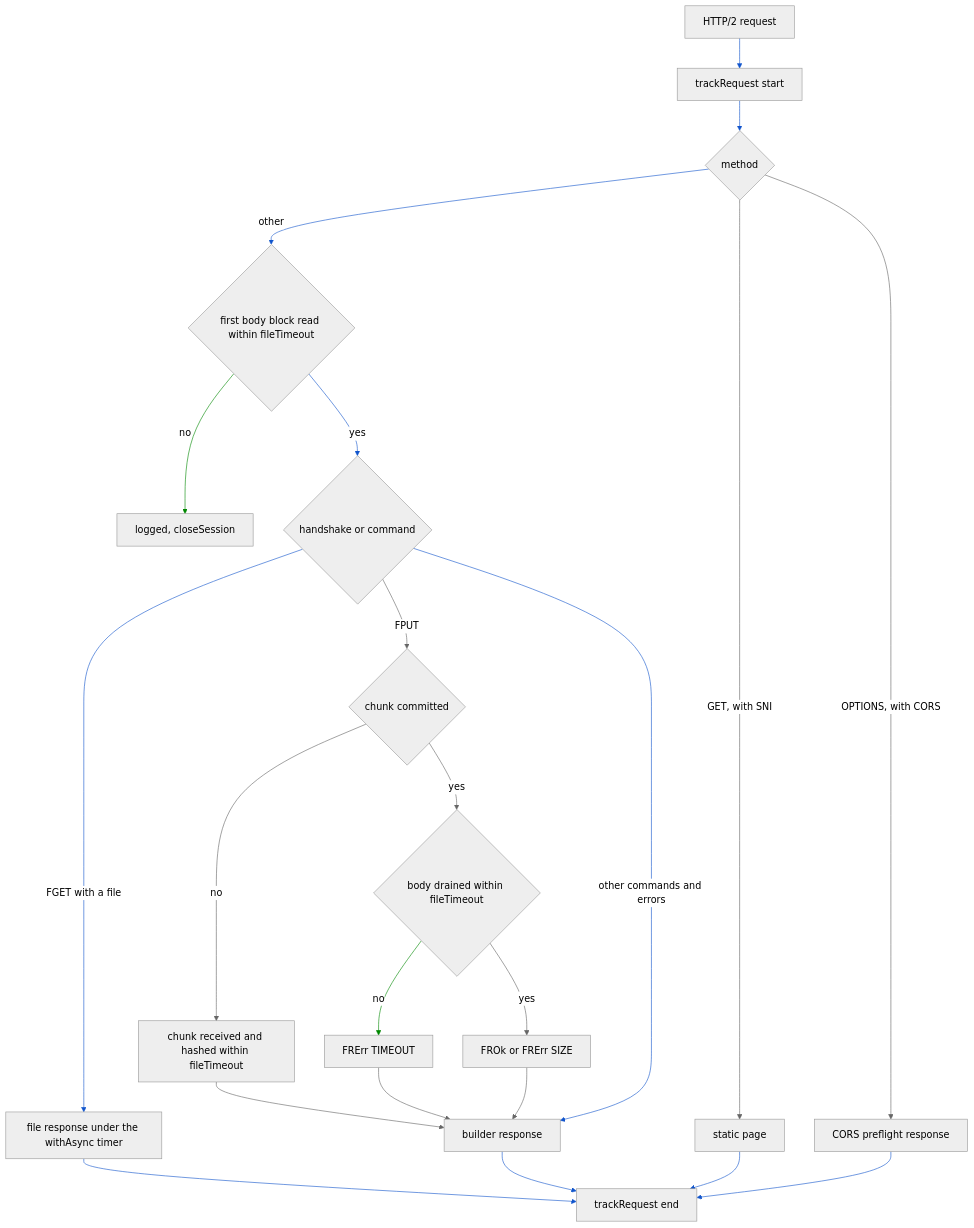
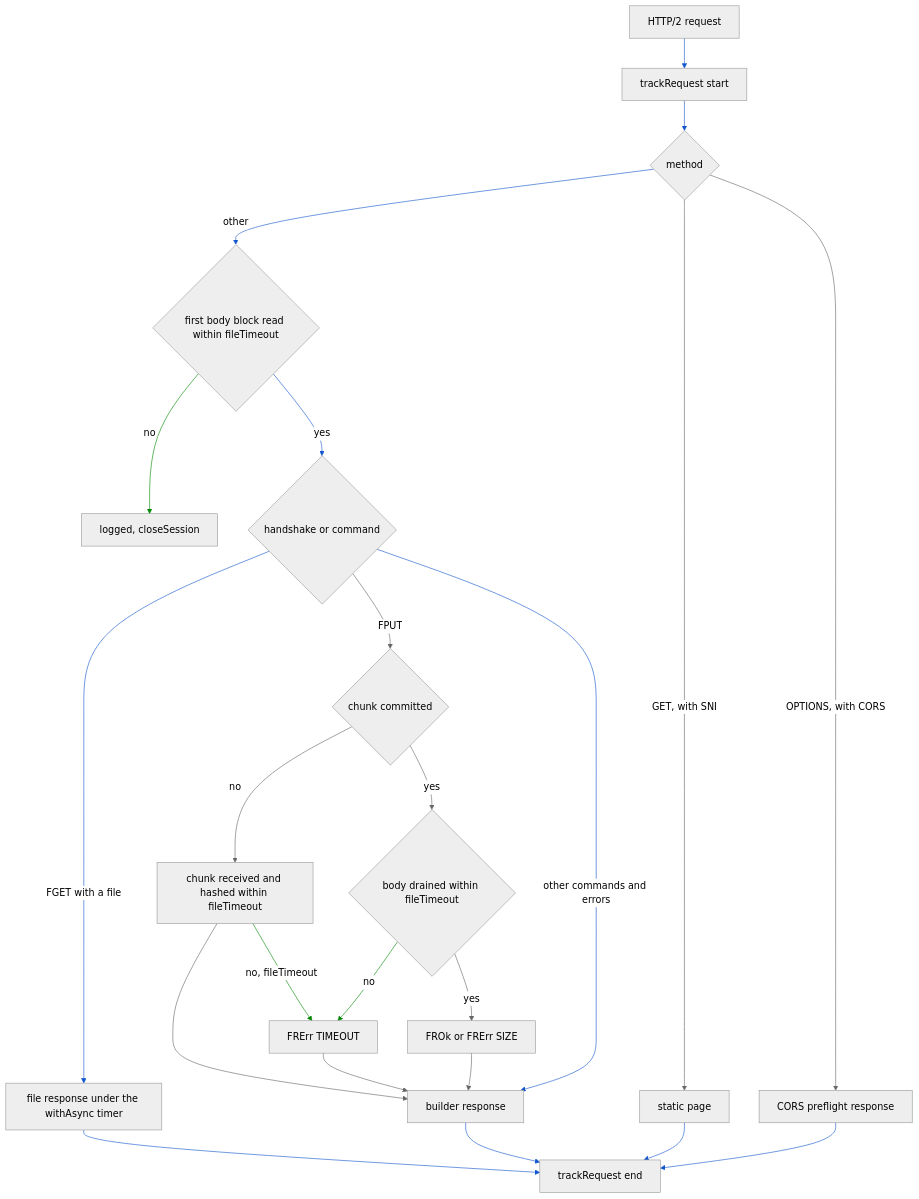
One commit to simplex-chat/simplexmq changed the third of 15 diagrams in plans/2026-11-19-xftp-stalled-connections.md. Above: the diagram before and after it, drawn with Mermaid (neutral theme). The commit also changed other lines of this file, not shown here.

Commit message:
docs: plan the client state, the store result and the upload timeout

````diff
--- a/plans/2026-11-19-xftp-stalled-connections.md
+++ b/plans/2026-11-19-xftp-stalled-connections.md
@@ -203,42 +209,43 @@
 ```mermaid
 flowchart TD
     Q[HTTP/2 request]
     T[trackRequest start]
     M{method}
     O[CORS preflight response]
     G[static page]
     B{first body block read within fileTimeout}
     X[logged, closeSession]
     P{handshake or command}
     D{chunk committed}
     DR{body drained within fileTimeout}
     OK[FROk or FRErr SIZE]
     TO[FRErr TIMEOUT]
     RC[chunk received and hashed within fileTimeout]
     F[file response under the withAsync timer]
     R[builder response]
     E[trackRequest end]
     Q --> T
     T --> M
     M -- "OPTIONS, with CORS" --> O
     M -- "GET, with SNI" --> G
     M -- "other" --> B
     B -- "no" --> X
     B -- "yes" --> P
     P -- "FPUT" --> D
     D -- "yes" --> DR
     DR -- "yes" --> OK
     DR -- "no" --> TO
     D -- "no" --> RC
     P -- "FGET with a file" --> F
     P -- "other commands and errors" --> R
     OK --> R
     TO --> R
     RC --> R
     O --> E
     G --> E
     R --> E
     F --> E
-    linkStyle 5,10 stroke:#008800
+    RC -- "no, fileTimeout" --> TO
+    linkStyle 5,10,21 stroke:#008800
     linkStyle 0,1,4,6,12,13,17,18,19,20 stroke:#1155cc
 ```
````
